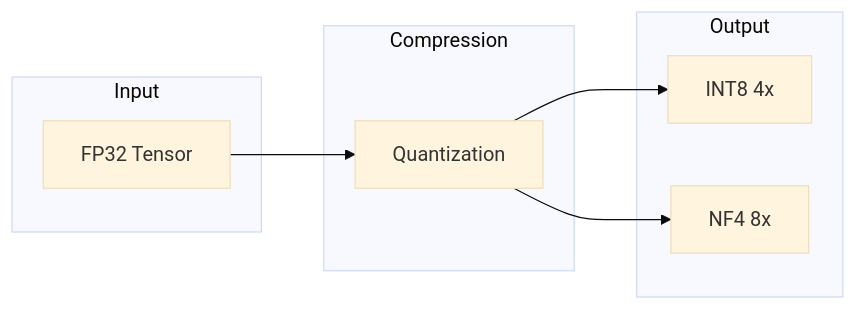
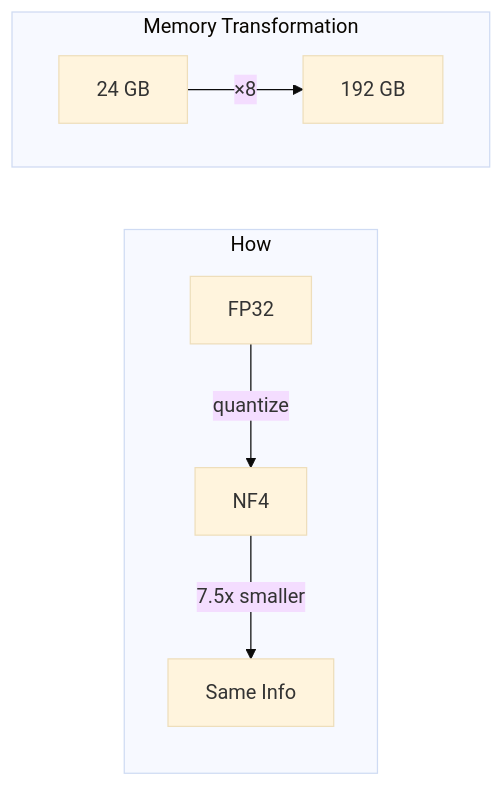
The first of 2 diagrams in docs/en/README.md (gabrielmaialva33/viva_tensor), drawn with Mermaid (base theme) before and after one commit. The commit also changed other lines of this file and 25 other files, not shown here.

````diff
--- a/docs/en/README.md
+++ b/docs/en/README.md
@@ -9,19 +5,15 @@
 ```mermaid
-graph LR
-    subgraph Input
-        A[FP32 Tensor]
+graph TB
+    subgraph Transform["Memory Transformation"]
+        direction LR
+        A["24 GB"] -->|"×8"| B["192 GB"]
     end
 
-    subgraph Compression
-        B[Quantization]
+    subgraph How
+        direction TB
+        C[FP32] -->|quantize| D[NF4]
+        D -->|"7.5x smaller"| E[Same Info]
     end
 
-    subgraph Output
-        C[INT8 4x]
-        D[NF4 8x]
-    end
-
-    A --> B
-    B --> C
-    B --> D
+    Transform ~~~ How
 ```
````
